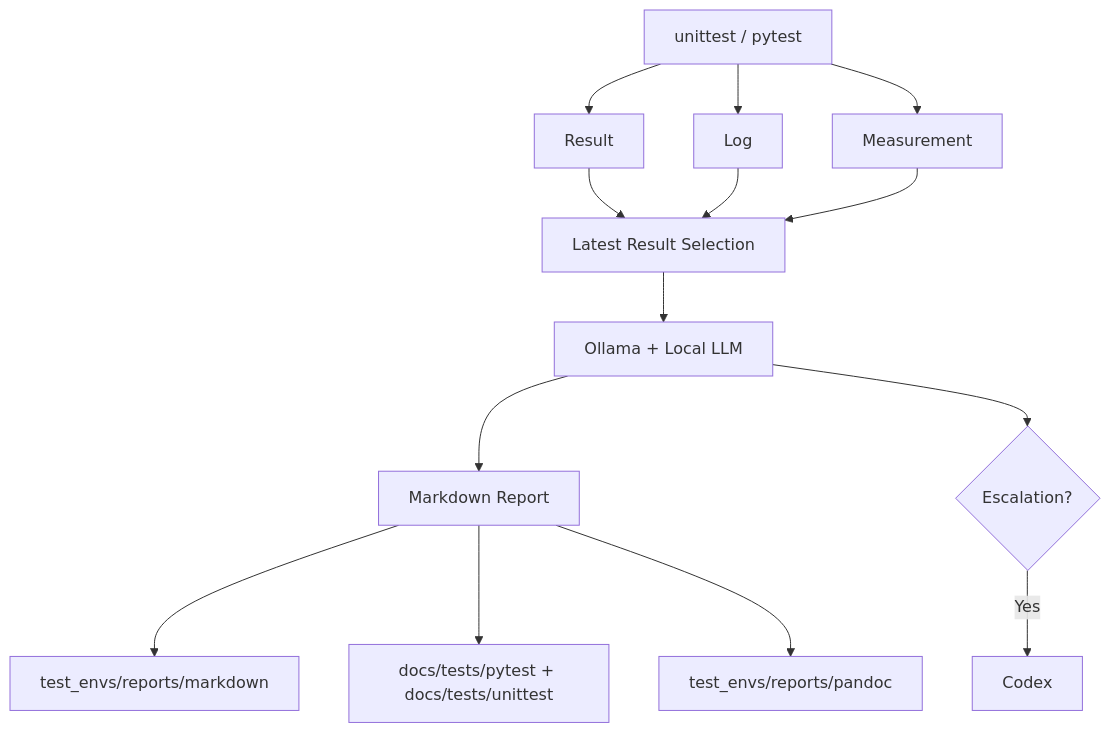
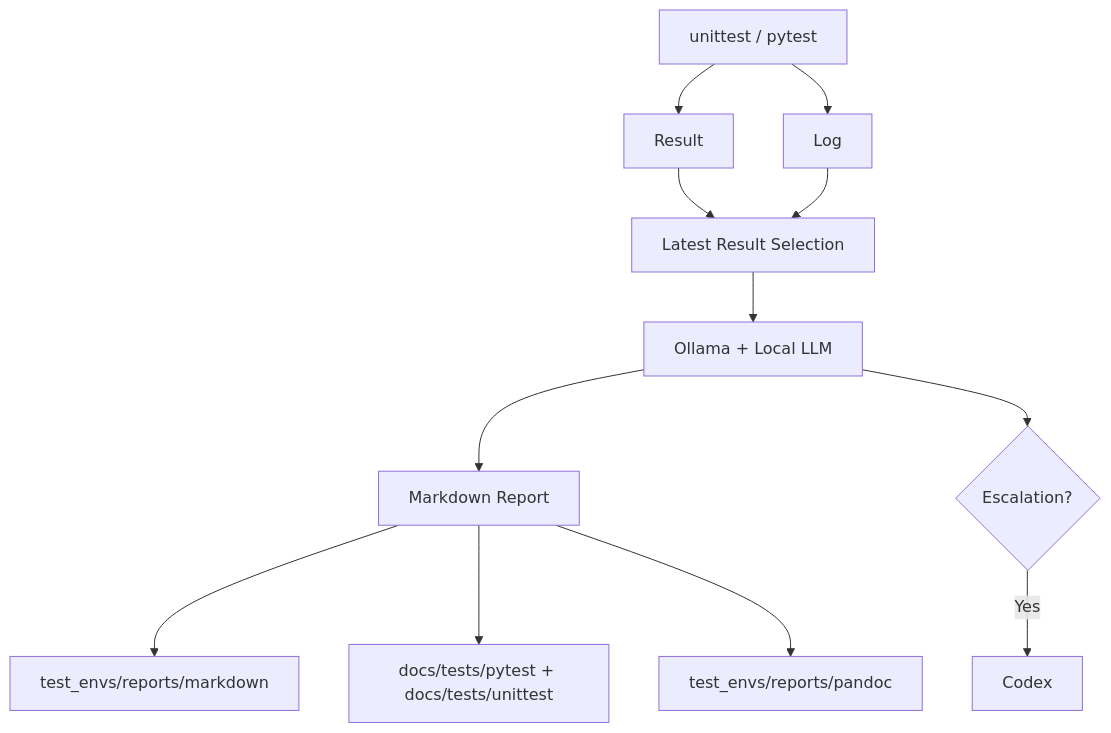
One commit to JeonghunLee/AI-driven-CI-CT changed the fifth of 5 diagrams in docs/index.md. Above: the diagram before and after it, drawn with Mermaid. The commit also changed other lines of this file and 10 other files, not shown here.

````diff
--- a/docs/index.md
+++ b/docs/index.md
@@ -267,16 +267,14 @@
 ```mermaid
 flowchart TD
     A[unittest / pytest] --> B[Result]
     A --> C[Log]
-    A --> D[Measurement]
     B --> E[Latest Result Selection]
     C --> E
-    D --> E
     E --> F[Ollama + Local LLM]
     F --> G[Markdown Report]
     G --> H[test_envs/reports/markdown]
     G --> J[docs/tests/pytest + docs/tests/unittest]
     G --> K[test_envs/reports/pandoc]
     F --> L{Escalation?}
     L -- Yes --> M[Codex]
 ```
````
